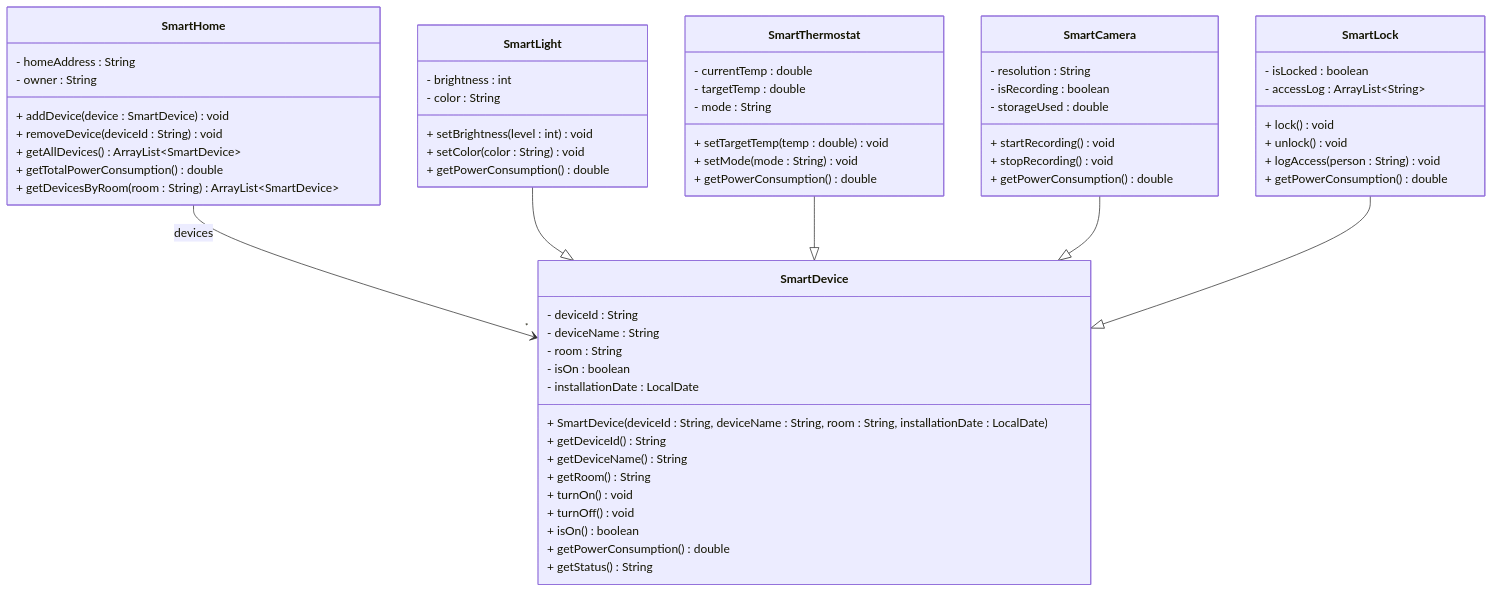
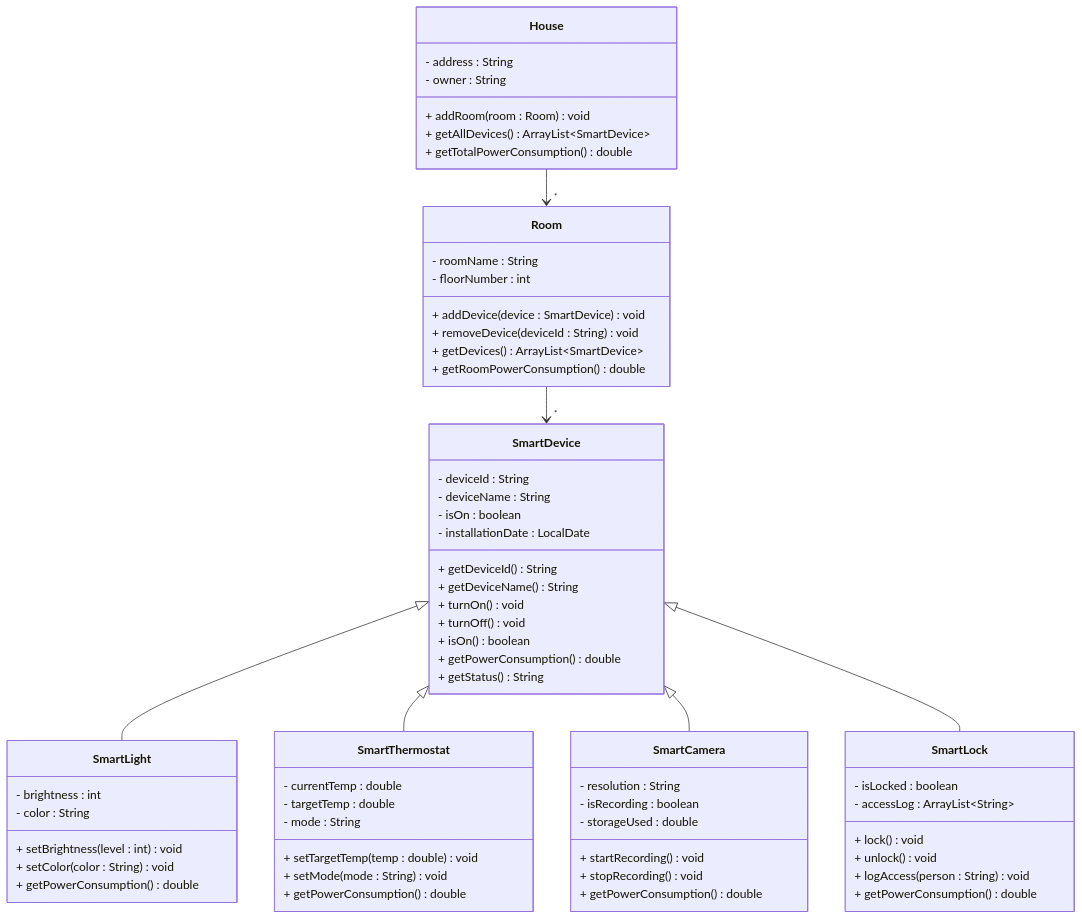
The diagram in Articles/Session 24 - Exam/019 Exercise 18 - Smart Home.md (TroelsMortensen/Codelabs2), drawn with Mermaid before and after one commit. The commit also changed other lines of this file and 2 other files, not shown here.

````diff
--- a/Articles/Session 24 - Exam/019 Exercise 18 - Smart Home.md
+++ b/Articles/Session 24 - Exam/019 Exercise 18 - Smart Home.md
@@ -5,70 +5,75 @@
 ```mermaid
 classDiagram
-    class SmartHome {
-        - homeAddress : String
+    class House {
+        - address : String
         - owner : String
+        + addRoom(room : Room) void
+        + getAllDevices() ArrayList~SmartDevice~
+        + getTotalPowerConsumption() double
+    }
+    
+    class Room {
+        - roomName : String
+        - floorNumber : int
         + addDevice(device : SmartDevice) void
         + removeDevice(deviceId : String) void
-        + getAllDevices() ArrayList~SmartDevice~
-        + getTotalPowerConsumption() double
-        + getDevicesByRoom(room : String) ArrayList~SmartDevice~
+        + getDevices() ArrayList~SmartDevice~
+        + getRoomPowerConsumption() double
     }
     
     class SmartDevice {
         - deviceId : String
         - deviceName : String
-        - room : String
         - isOn : boolean
         - installationDate : LocalDate
-        + SmartDevice(deviceId : String, deviceName : String, room : String, installationDate : LocalDate)
         + getDeviceId() String
         + getDeviceName() String
-        + getRoom() String
         + turnOn() void
         + turnOff() void
         + isOn() boolean
         + getPowerConsumption() double
         + getStatus() String
     }
     
     class SmartLight {
         - brightness : int
         - color : String
         + setBrightness(level : int) void
         + setColor(color : String) void
         + getPowerConsumption() double
     }
     
     class SmartThermostat {
         - currentTemp : double
         - targetTemp : double
         - mode : String
         + setTargetTemp(temp : double) void
         + setMode(mode : String) void
         + getPowerConsumption() double
     }
     
     class SmartCamera {
         - resolution : String
         - isRecording : boolean
         - storageUsed : double
         + startRecording() void
         + stopRecording() void
         + getPowerConsumption() double
     }
     
     class SmartLock {
         - isLocked : boolean
         - accessLog : ArrayList~String~
         + lock() void
         + unlock() void
         + logAccess(person : String) void
         + getPowerConsumption() double
     }
     
-    SmartHome --> "*" SmartDevice : devices
-    SmartLight --|> SmartDevice
-    SmartThermostat --|> SmartDevice
-    SmartCamera --|> SmartDevice
-    SmartLock --|> SmartDevice
+    House --> "*" Room
+    Room --> "*" SmartDevice
+    SmartDevice <|-- SmartLight
+    SmartDevice <|-- SmartThermostat
+    SmartDevice <|-- SmartCamera
+    SmartDevice <|-- SmartLock
 ```
````
